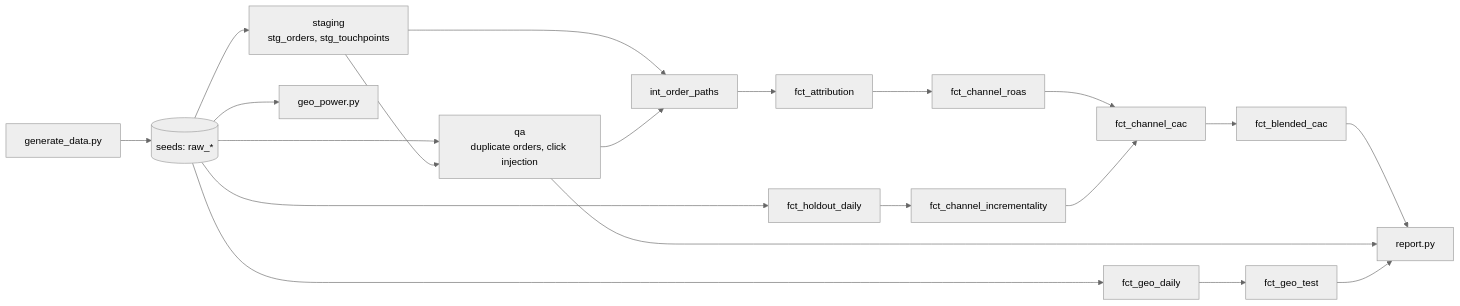
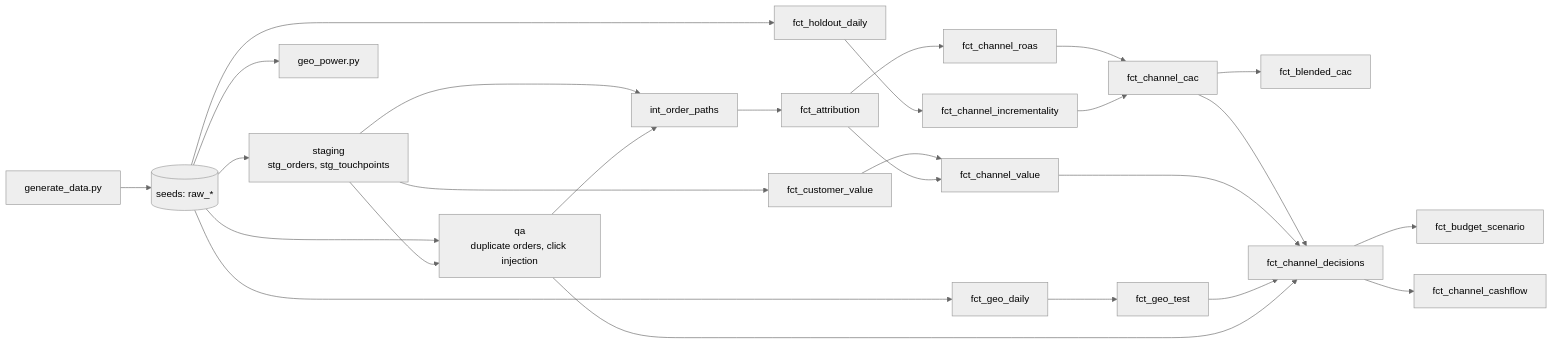
One commit to predkiewicz/marketing-measurement-lab changed the diagram in README.md. Above: the diagram before and after it, drawn with Mermaid (neutral theme). The commit also changed other lines of this file and 17 other files, not shown here.

````diff
--- a/README.md
+++ b/README.md
@@ -12,18 +43,23 @@
 ```mermaid
 flowchart LR
     gen[generate_data.py] --> raw[("seeds: raw_*")]
     raw --> stg[staging<br/>stg_orders, stg_touchpoints]
     raw --> qa[qa<br/>duplicate orders, click injection]
     stg --> qa
     stg --> paths[int_order_paths]
     qa --> paths
     paths --> attr[fct_attribution] --> roas[fct_channel_roas]
     raw --> hold[fct_holdout_daily] --> incr[fct_channel_incrementality]
     roas --> cac[fct_channel_cac]
     incr --> cac --> blended[fct_blended_cac]
+    stg --> value[fct_customer_value] --> chval[fct_channel_value]
+    attr --> chval
     raw --> geo[fct_geo_daily] --> geotest[fct_geo_test]
+    cac --> dec[fct_channel_decisions]
+    chval --> dec
+    geotest --> dec
+    qa --> dec
+    dec --> plan[fct_budget_scenario]
+    dec --> cash[fct_channel_cashflow]
     raw --> power[geo_power.py]
-    blended --> report[report.py]
-    qa --> report
-    geotest --> report
 ```
````
